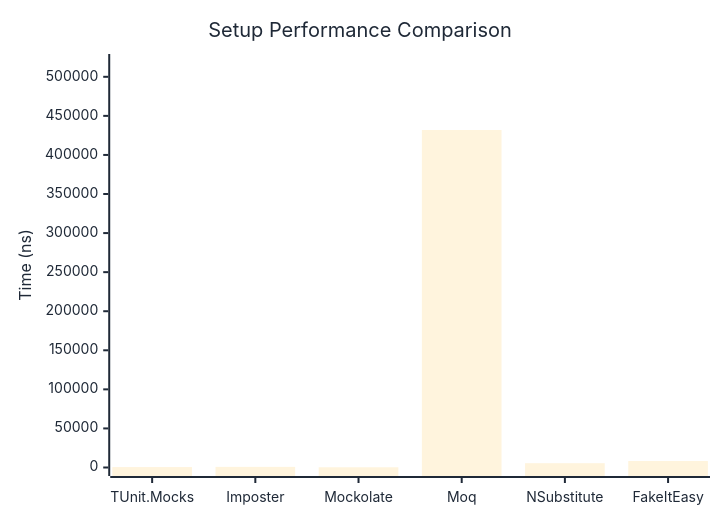
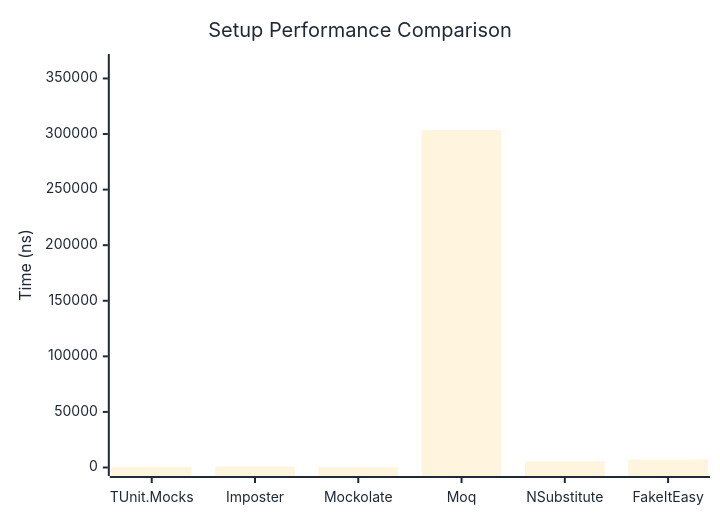
The first of 2 diagrams in docs/docs/benchmarks/mocks/Setup.md (thomhurst/TUnit), drawn with Mermaid before and after one commit. The commit also changed other lines of this file and 14 other files, not shown here.

````diff
--- a/docs/docs/benchmarks/mocks/Setup.md
+++ b/docs/docs/benchmarks/mocks/Setup.md
@@ -30,27 +30,27 @@
 ```mermaid
 %%{init: {
   'theme':'base',
   'themeVariables': {
     'primaryColor': '#2563eb',
     'primaryTextColor': '#1f2937',
     'primaryBorderColor': '#1e40af',
     'lineColor': '#6b7280',
     'secondaryColor': '#7c3aed',
     'tertiaryColor': '#dc2626',
     'background': '#ffffff',
     'pie1': '#2563eb',
     'pie2': '#7c3aed',
     'pie3': '#dc2626',
     'pie4': '#f59e0b',
     'pie5': '#10b981',
     'pie6': '#06b6d4',
     'pie7': '#ec4899',
     'pie8': '#6366f1'
   }
 }}%%
 xychart-beta
   title "Setup Performance Comparison"
   x-axis ["TUnit.Mocks", "Imposter", "Mockolate", "Moq", "NSubstitute", "FakeItEasy"]
-  y-axis "Time (ns)" 0 --> 518302
-  bar [540.2, 808.7, 306.9, 431918, 5530.8, 8288.1]
+  y-axis "Time (ns)" 0 --> 364353
+  bar [579.4, 820.3, 341.1, 303626.8, 5442.2, 7186.5]
 ```
````
